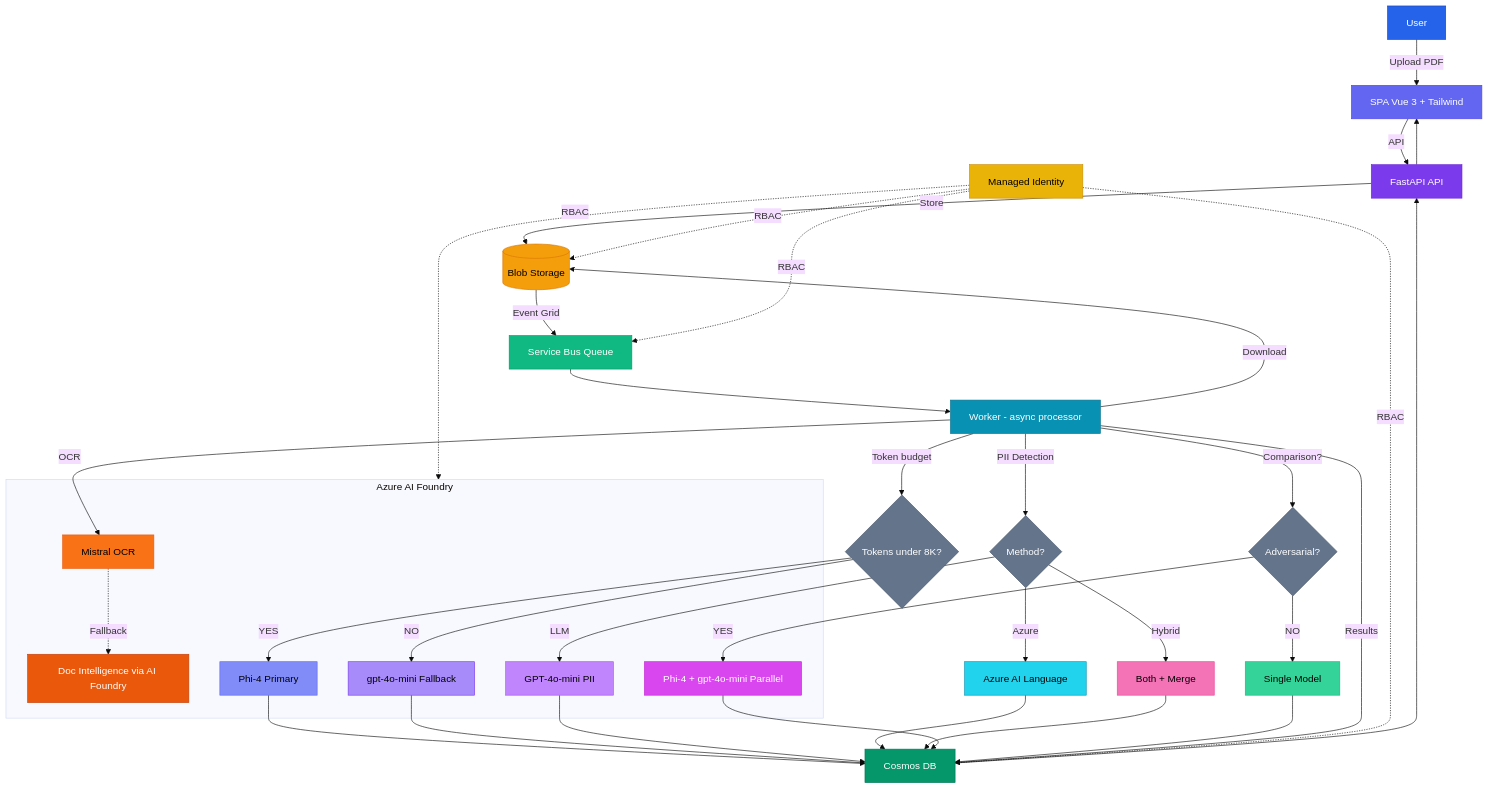
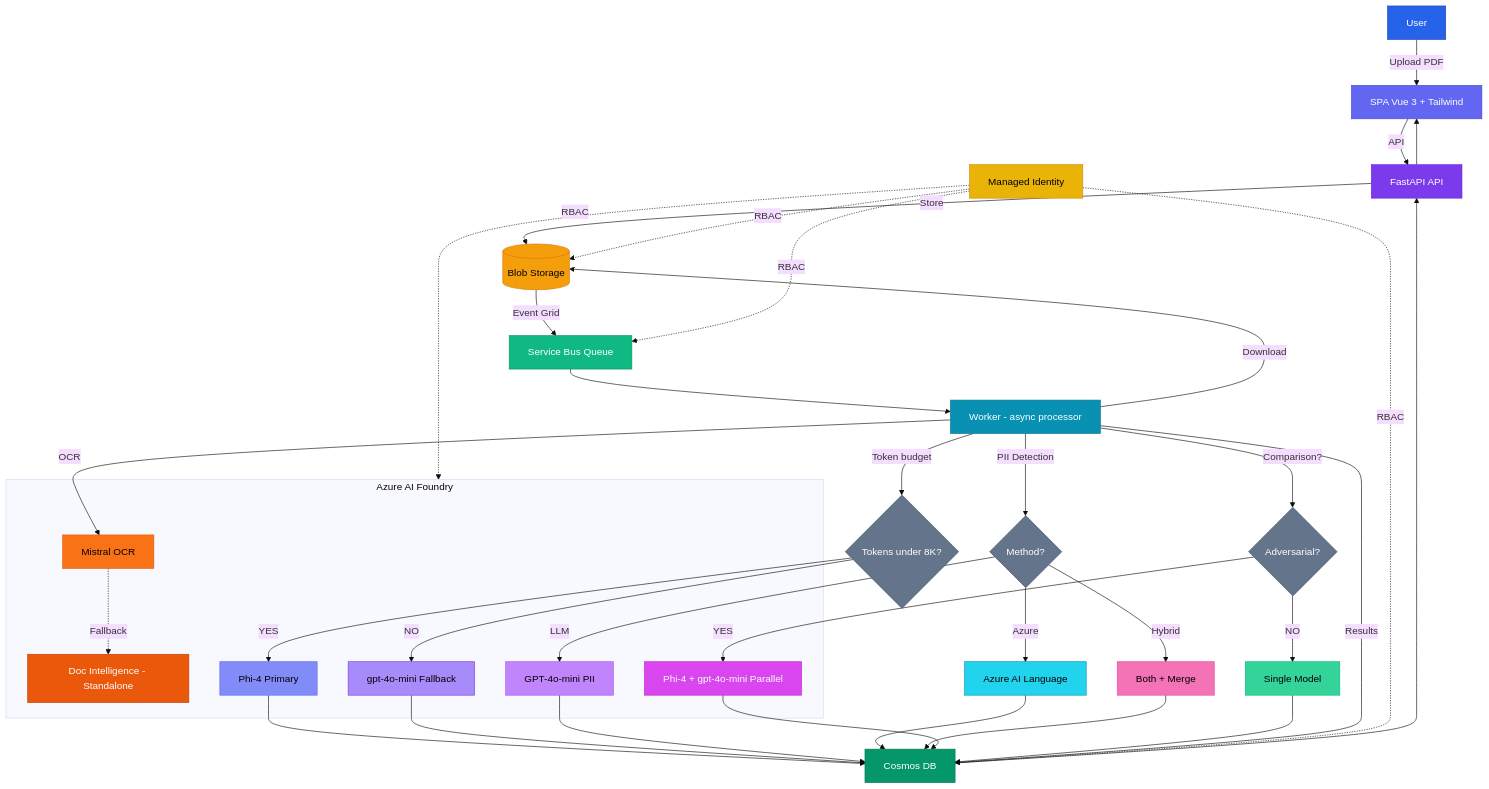
Before and after one commit to olivMertens/ClassyMail: the diagram in README.md, drawn with Mermaid (base theme). The commit also changed other lines of this file and 4 other files, not shown here.

Commit message:
feat(docs): update documentation for standalone Document Intelligence resource and OCR fallback configuration

````diff
--- a/README.md
+++ b/README.md
@@ -31,73 +31,73 @@
 ```mermaid
 flowchart TD
     user[User] -->|Upload PDF| ui["SPA Vue 3 + Tailwind"]
     ui -->|API| api["FastAPI API"]
 
     api -->|Store| blob[(Blob Storage)]
     blob -->|Event Grid| sbq["Service Bus Queue"]
     sbq --> worker["Worker - async processor"]
 
     worker -->|Download| blob
     worker -->|OCR| ocr["Mistral OCR"]
-    ocr -.->|Fallback| di["Doc Intelligence via AI Foundry"]
+    ocr -.->|Fallback| di["Doc Intelligence - Standalone"]
 
     worker -->|Token budget| tokencheck{"Tokens under 8K?"}
     tokencheck -->|YES| phi4["Phi-4 Primary"]
     tokencheck -->|NO| gpt["gpt-4o-mini Fallback"]
 
     worker -->|PII Detection| piicheck{"Method?"}
     piicheck -->|LLM| gpt_pii["GPT-4o-mini PII"]
     piicheck -->|Azure| lang["Azure AI Language"]
     piicheck -->|Hybrid| both["Both + Merge"]
 
     worker -->|Comparison?| compcheck{"Adversarial?"}
     compcheck -->|YES| dual["Phi-4 + gpt-4o-mini Parallel"]
     compcheck -->|NO| primary["Single Model"]
 
     phi4 --> cosmos
     gpt --> cosmos
     gpt_pii --> cosmos
     lang --> cosmos
     both --> cosmos
     dual --> cosmos
     primary --> cosmos
     worker -->|Results| cosmos["Cosmos DB"]
 
     cosmos --> api
     api --> ui
 
     subgraph AIFoundry ["Azure AI Foundry"]
         ocr
         di
         phi4
         gpt
         gpt_pii
         dual
     end
 
     mi["Managed Identity"] -.->|RBAC| blob
     mi -.->|RBAC| sbq
     mi -.->|RBAC| cosmos
     mi -.->|RBAC| AIFoundry
 
     style user fill:#2563eb,stroke:#1e40af,color:#fff
     style ui fill:#6366f1,stroke:#4f46e5,color:#fff
     style api fill:#7c3aed,stroke:#6d28d9,color:#fff
     style blob fill:#f59e0b,stroke:#d97706,color:#000
     style sbq fill:#10b981,stroke:#059669,color:#fff
     style worker fill:#0891b2,stroke:#0e7490,color:#fff
     style ocr fill:#f97316,stroke:#ea580c,color:#000
     style di fill:#ea580c,stroke:#c2410c,color:#fff
     style tokencheck fill:#64748b,stroke:#475569,color:#fff
     style phi4 fill:#818cf8,stroke:#6366f1,color:#000
     style gpt fill:#a78bfa,stroke:#7c3aed,color:#000
     style piicheck fill:#64748b,stroke:#475569,color:#fff
     style gpt_pii fill:#c084fc,stroke:#a855f7,color:#000
     style lang fill:#22d3ee,stroke:#0891b2,color:#000
     style both fill:#f472b6,stroke:#ec4899,color:#000
     style compcheck fill:#64748b,stroke:#475569,color:#fff
     style dual fill:#d946ef,stroke:#c026d3,color:#fff
     style primary fill:#34d399,stroke:#10b981,color:#000
     style cosmos fill:#059669,stroke:#047857,color:#fff
     style mi fill:#eab308,stroke:#ca8a04,color:#000
 ```
````
